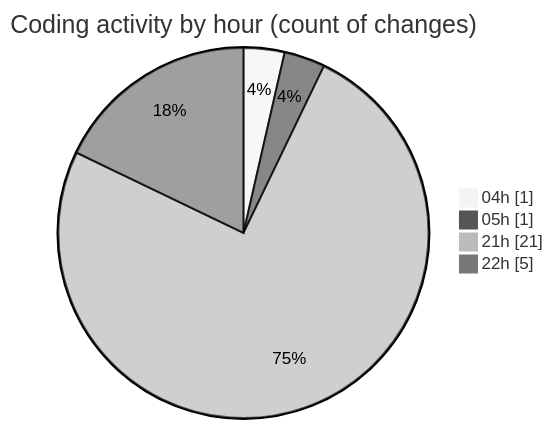
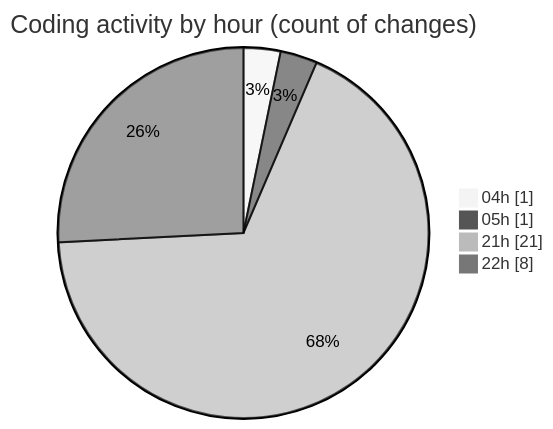
The second of 2 diagrams in 2025-03-26/autodidak/README.md (idhammustaqopulfikri/code-tracking), drawn with Mermaid (neutral theme) before and after one commit. The commit also changed other lines of this file and 1 other file, not shown here.

````diff
--- a/2025-03-26/autodidak/README.md
+++ b/2025-03-26/autodidak/README.md
@@ -40,8 +42,8 @@
 ```mermaid
 pie showData
 title Coding activity by hour (count of changes)
 "04h" : 1
 "05h" : 1
 "21h" : 21
-"22h" : 5
+"22h" : 8
 ```
````
